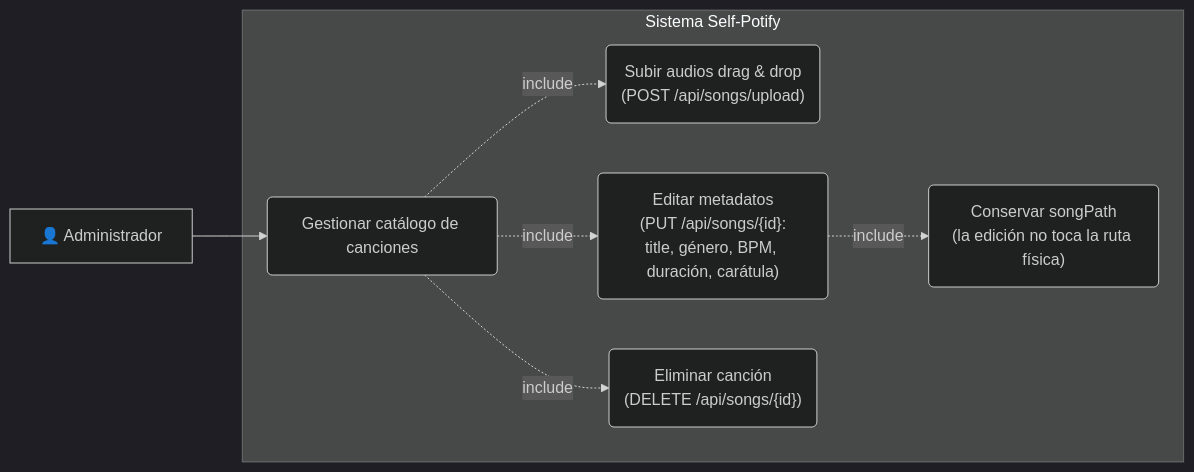
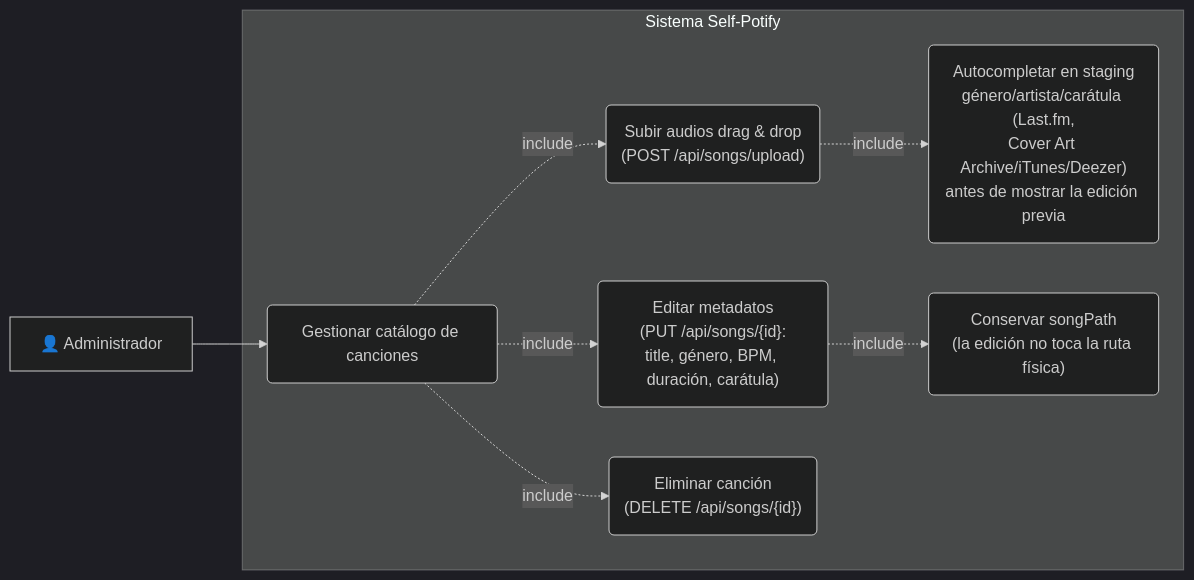
One commit to conguchu/selfpotify changed diagram 28 of 29 in README.md. Above: the diagram before and after it, drawn with Mermaid (dark theme). The commit also changed other lines of this file and 4 other files, not shown here.

Commit message:
(feat) subida de canciones: enriquecer en staging (genero/artista canonico/caratula) y en commit (MBID + foto de artista) reutilizando ArtistResolver

````diff
--- a/README.md
+++ b/README.md
@@ -1113,18 +1120,20 @@
 ```mermaid
 graph LR
     Admin["👤 Administrador"]
 
     subgraph Sistema Self-Potify
         UC12("Gestionar catálogo de canciones")
         UC12a("Subir audios drag & drop<br/>(POST /api/songs/upload)")
+        UC12e("Autocompletar en staging<br/>género/artista/carátula (Last.fm,<br/>Cover Art Archive/iTunes/Deezer)<br/>antes de mostrar la edición previa")
         UC12b("Editar metadatos<br/>(PUT /api/songs/{id}:<br/>title, género, BPM, duración, carátula)")
         UC12c("Eliminar canción<br/>(DELETE /api/songs/{id})")
         UC12d("Conservar songPath<br/>(la edición no toca la ruta física)")
     end
 
     Admin --> UC12
     UC12 -.->|include| UC12a
     UC12 -.->|include| UC12b
     UC12 -.->|include| UC12c
+    UC12a -.->|include| UC12e
     UC12b -.->|include| UC12d
 ```
````
